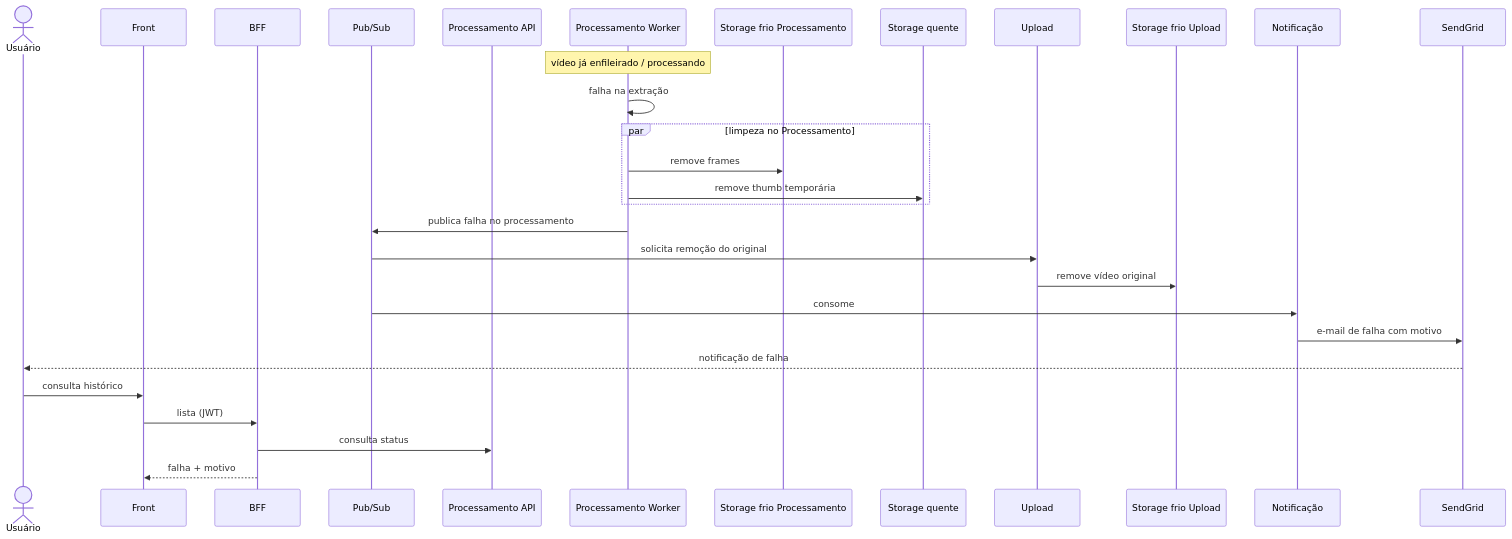
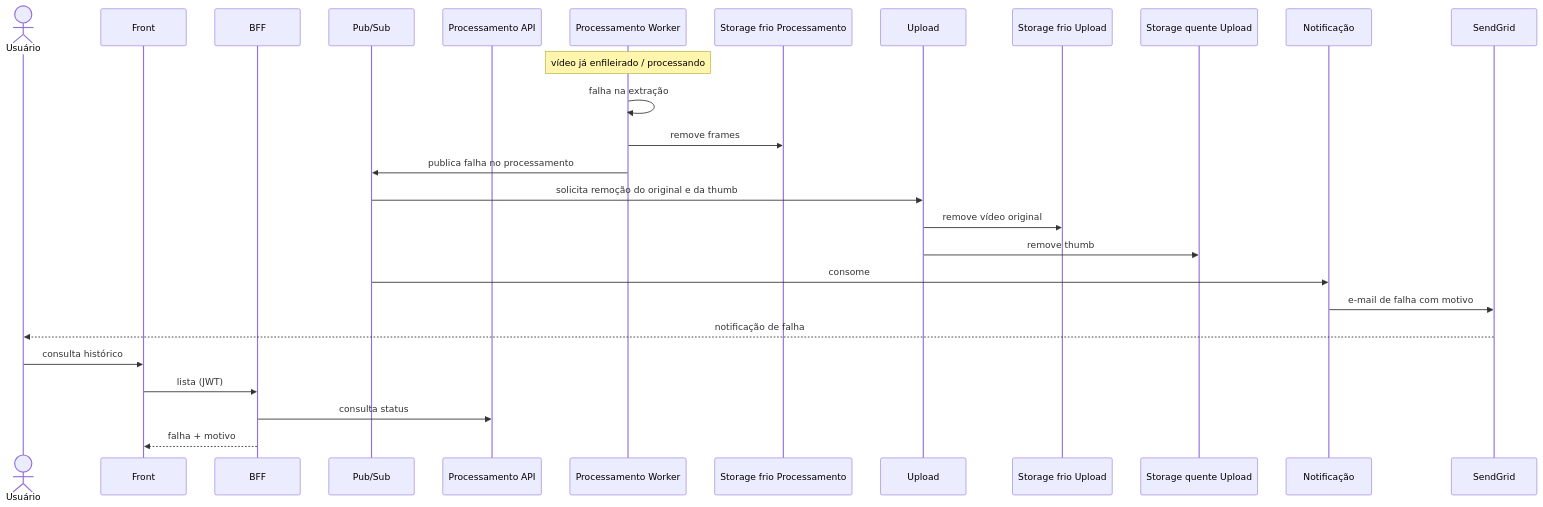
One commit to fiap-x-vcosta/docs changed the diagram in fluxo-e-estados/05_falha-no-processamento.md. Above: the diagram before and after it, drawn with Mermaid. The commit also changed 30 other files, not shown here.

````diff
--- a/fluxo-e-estados/05_falha-no-processamento.md
+++ b/fluxo-e-estados/05_falha-no-processamento.md
@@ -1,32 +1,30 @@
 ```mermaid
 sequenceDiagram
   actor U as Usuário
   participant Web as Front
   participant BFF as BFF
   participant Bus as Pub/Sub
   participant Api as Processamento API
   participant Worker as Processamento Worker
   participant FrioProc as Storage frio Processamento
-  participant Quente as Storage quente
   participant Up as Upload
   participant FrioUp as Storage frio Upload
+  participant Quente as Storage quente Upload
   participant Notif as Notificação
   participant SG as SendGrid
 
   Note over Worker: vídeo já enfileirado / processando
   Worker->>Worker: falha na extração
-  par limpeza no Processamento
-    Worker->>FrioProc: remove frames
-    Worker->>Quente: remove thumb temporária
-  end
+  Worker->>FrioProc: remove frames
   Worker->>Bus: publica falha no processamento
-  Bus->>Up: solicita remoção do original
+  Bus->>Up: solicita remoção do original e da thumb
   Up->>FrioUp: remove vídeo original
+  Up->>Quente: remove thumb
   Bus->>Notif: consome
   Notif->>SG: e-mail de falha com motivo
   SG-->>U: notificação de falha
   U->>Web: consulta histórico
   Web->>BFF: lista (JWT)
   BFF->>Api: consulta status
   BFF-->>Web: falha + motivo
 ```
````
